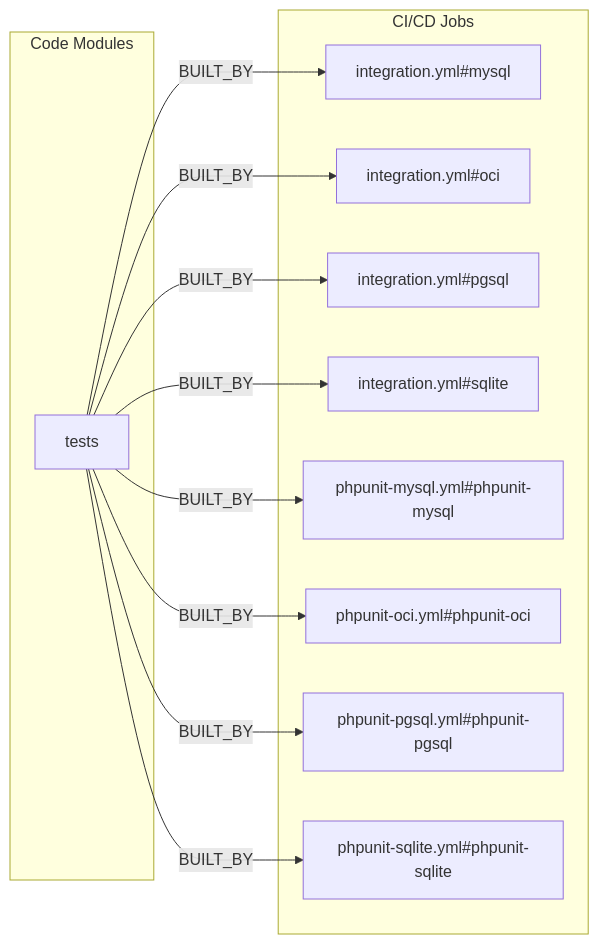
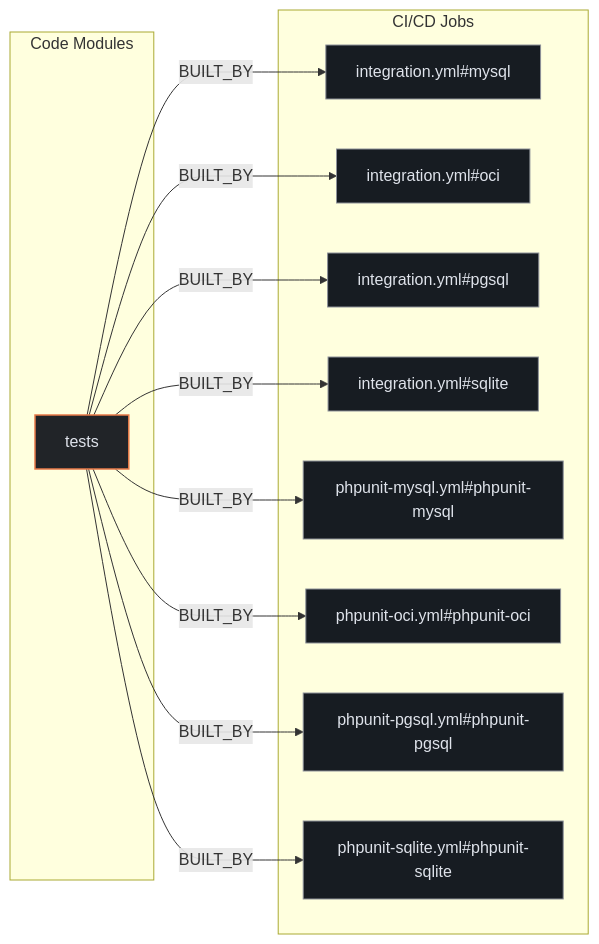
Before and after one commit to kumarshaz/atruss-code-atlas: the second of 3 diagrams in exports/latest/reports/nextcloud-richdocuments-report.md, drawn with Mermaid. The commit also changed other lines of this file and 331 other files, not shown here.

Commit message:
docs,ui,fix: update SDLC docs, reorder CI/CD DAG first, stylize Mermaid, and fix Arc42 pipeline topology

````diff
--- a/exports/latest/reports/nextcloud-richdocuments-report.md
+++ b/exports/latest/reports/nextcloud-richdocuments-report.md
@@ -201,24 +208,28 @@
 ```mermaid
 flowchart LR
+    classDef atlasCategory fill:#212428,stroke:#E87A48,stroke-width:1.5px,color:#dfe3eb
+    classDef atlasWorkflow fill:#1b2026,stroke:#a3c9ff,stroke-width:1.5px,color:#dfe3eb
+    classDef atlasJob fill:#171c22,stroke:#8d9199,stroke-width:1px,color:#dfe3eb
+    classDef atlasTarget fill:#005227,stroke:#8bd99b,stroke-width:1.5px,color:#a7f6b6
     subgraph code_modules["Code Modules"]
-        mod_tests["tests"]
+        mod_tests["tests"]:::atlasCategory
     end
     subgraph ci_jobs["CI/CD Jobs"]
-        job_integration_yml_mysql["integration.yml#mysql"]
-        job_integration_yml_oci["integration.yml#oci"]
-        job_integration_yml_pgsql["integration.yml#pgsql"]
-        job_integration_yml_sqlite["integration.yml#sqlite"]
-        job_phpunit_mysql_yml_phpunit_mysql["phpunit-mysql.yml#phpunit-mysql"]
-        job_phpunit_oci_yml_phpunit_oci["phpunit-oci.yml#phpunit-oci"]
-        job_phpunit_pgsql_yml_phpunit_pgsql["phpunit-pgsql.yml#phpunit-pgsql"]
-        job_phpunit_sqlite_yml_phpunit_sqlite["phpunit-sqlite.yml#phpunit-sqlite"]
+        job_integration_yml_mysql["integration.yml#mysql"]:::atlasJob
+        job_integration_yml_oci["integration.yml#oci"]:::atlasJob
+        job_integration_yml_pgsql["integration.yml#pgsql"]:::atlasJob
+        job_integration_yml_sqlite["integration.yml#sqlite"]:::atlasJob
+        job_phpunit_mysql_yml_phpunit_mysql["phpunit-mysql.yml#phpunit-mysql"]:::atlasJob
+        job_phpunit_oci_yml_phpunit_oci["phpunit-oci.yml#phpunit-oci"]:::atlasJob
+        job_phpunit_pgsql_yml_phpunit_pgsql["phpunit-pgsql.yml#phpunit-pgsql"]:::atlasJob
+        job_phpunit_sqlite_yml_phpunit_sqlite["phpunit-sqlite.yml#phpunit-sqlite"]:::atlasJob
     end
     mod_tests -->|BUILT_BY| job_integration_yml_mysql
     mod_tests -->|BUILT_BY| job_integration_yml_oci
     mod_tests -->|BUILT_BY| job_integration_yml_pgsql
     mod_tests -->|BUILT_BY| job_integration_yml_sqlite
     mod_tests -->|BUILT_BY| job_phpunit_mysql_yml_phpunit_mysql
     mod_tests -->|BUILT_BY| job_phpunit_oci_yml_phpunit_oci
     mod_tests -->|BUILT_BY| job_phpunit_pgsql_yml_phpunit_pgsql
     mod_tests -->|BUILT_BY| job_phpunit_sqlite_yml_phpunit_sqlite
 ```
````
